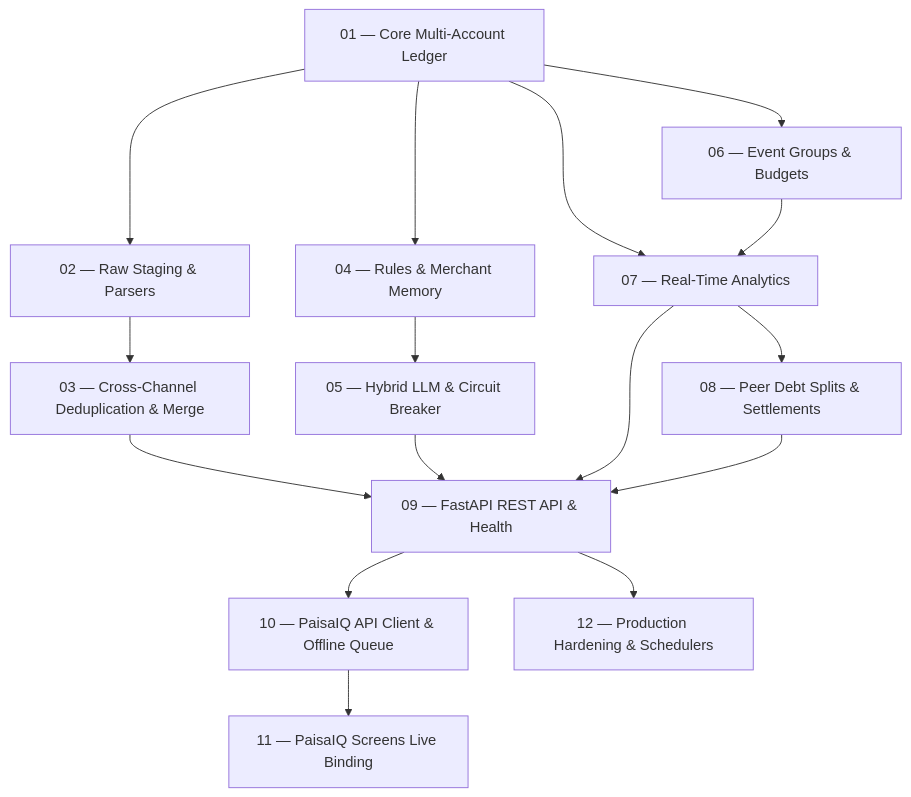
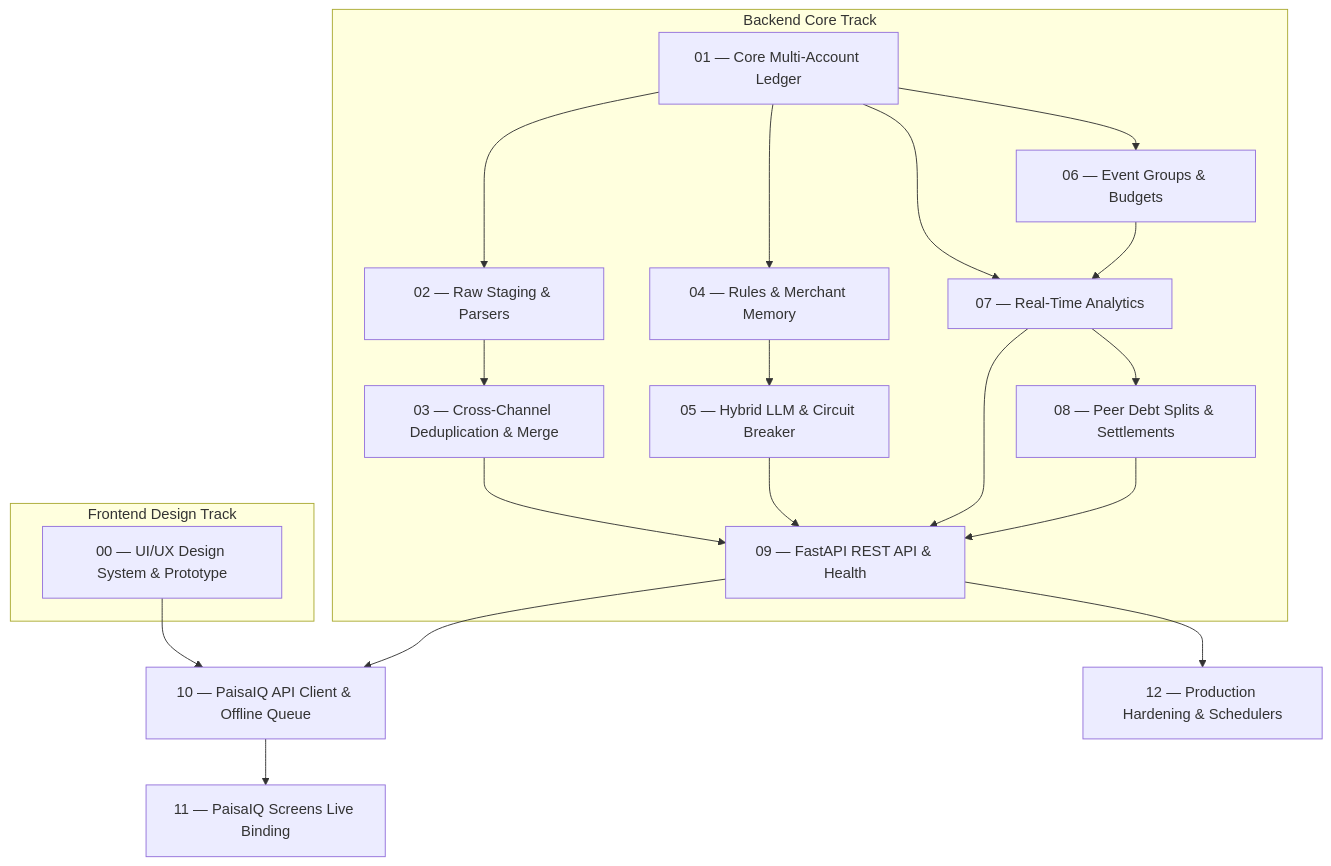
The diagram in docs/tickets/README.md (akkolluru/Expense-Tracker), drawn with Mermaid before and after one commit. The commit also changed other lines of this file and 1 other file, not shown here.

Commit message:
docs(tickets): add Ticket 00 for PaisaIQ UI/UX design and interactive prototype

````diff
--- a/docs/tickets/README.md
+++ b/docs/tickets/README.md
@@ -9,22 +9,29 @@
 ```mermaid
 flowchart TD
-    T01["01 — Core Multi-Account Ledger"] --> T02["02 — Raw Staging & Parsers"]
-    T01 --> T04["04 — Rules & Merchant Memory"]
-    T01 --> T06["06 — Event Groups & Budgets"]
-    T01 --> T07["07 — Real-Time Analytics"]
+    subgraph Frontend Design Track
+        T00["00 — UI/UX Design System & Prototype"]
+    end
+
+    subgraph Backend Core Track
+        T01["01 — Core Multi-Account Ledger"] --> T02["02 — Raw Staging & Parsers"]
+        T01 --> T04["04 — Rules & Merchant Memory"]
+        T01 --> T06["06 — Event Groups & Budgets"]
+        T01 --> T07["07 — Real-Time Analytics"]
+        
+        T02 --> T03["03 — Cross-Channel Deduplication & Merge"]
+        T04 --> T05["05 — Hybrid LLM & Circuit Breaker"]
+        T06 --> T07
+        T07 --> T08["08 — Peer Debt Splits & Settlements"]
+        
+        T03 --> T09["09 — FastAPI REST API & Health"]
+        T05 --> T09
+        T07 --> T09
+        T08 --> T09
+    end
     
-    T02 --> T03["03 — Cross-Channel Deduplication & Merge"]
-    T04 --> T05["05 — Hybrid LLM & Circuit Breaker"]
-    T06 --> T07
-    T07 --> T08["08 — Peer Debt Splits & Settlements"]
-    
-    T03 --> T09["09 — FastAPI REST API & Health"]
-    T05 --> T09
-    T07 --> T09
-    T08 --> T09
-    
-    T09 --> T10["10 — PaisaIQ API Client & Offline Queue"]
+    T00 --> T10["10 — PaisaIQ API Client & Offline Queue"]
+    T09 --> T10
     T09 --> T12["12 — Production Hardening & Schedulers"]
     
     T10 --> T11["11 — PaisaIQ Screens Live Binding"]
 ```
````
